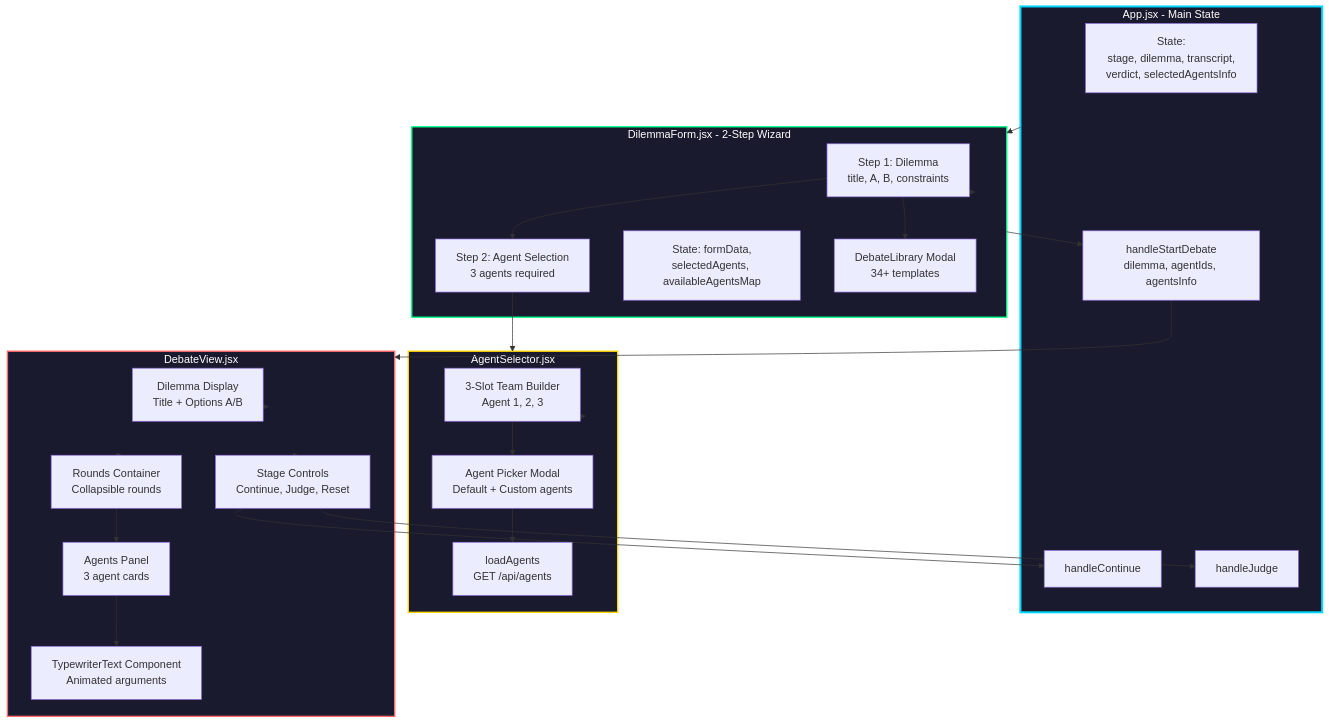
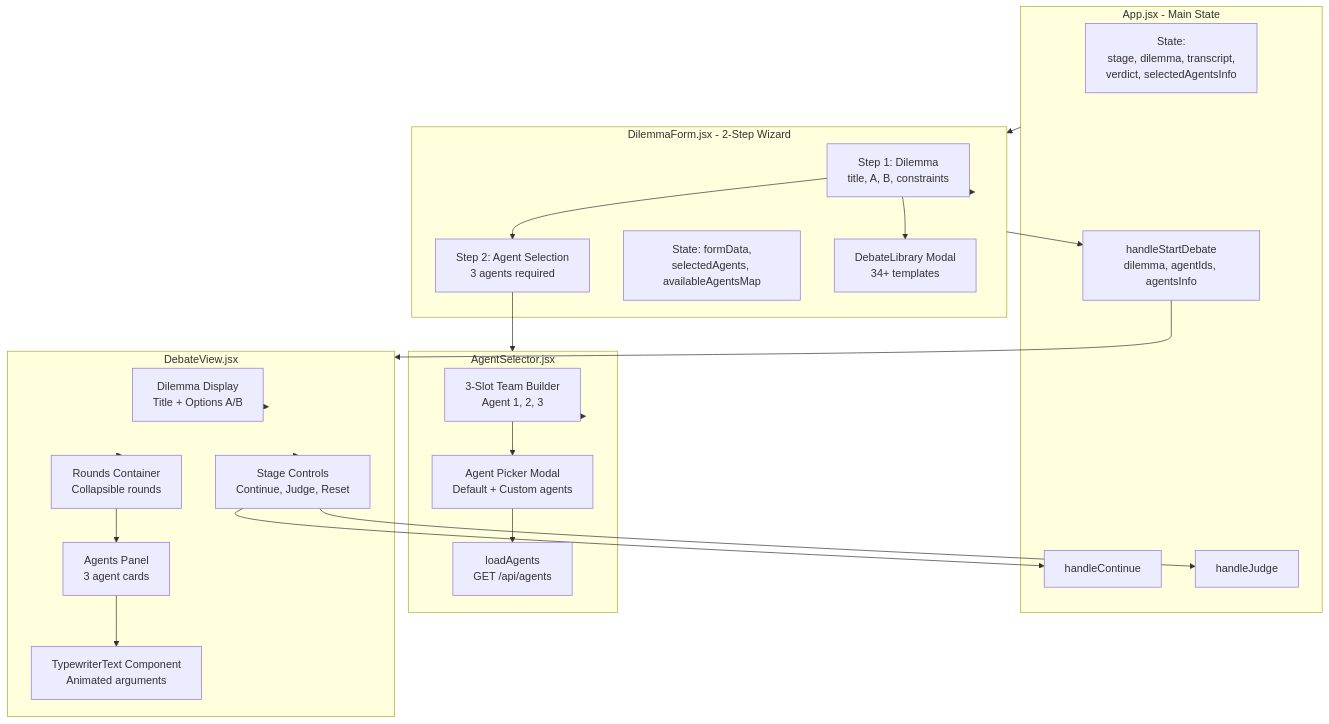
One commit to khattam/MirrorMind-AI changed the first of 11 diagrams in docs/feature-architecture-diagrams.md. Above: the diagram before and after it, drawn with Mermaid. The commit also changed other lines of this file, not shown here.

Commit message:
Remove dark background styling from Mermaid diagrams for better visibility

````diff
--- a/docs/feature-architecture-diagrams.md
+++ b/docs/feature-architecture-diagrams.md
@@ -23,55 +23,50 @@
 ```mermaid
 graph TB
     subgraph App["App.jsx - Main State"]
         AppState[State:<br/>stage, dilemma, transcript,<br/>verdict, selectedAgentsInfo]
         handleStartDebate[handleStartDebate<br/>dilemma, agentIds, agentsInfo]
         handleContinue[handleContinue]
         handleJudge[handleJudge]
     end
     
     subgraph DilemmaForm["DilemmaForm.jsx - 2-Step Wizard"]
         Step1[Step 1: Dilemma<br/>title, A, B, constraints]
         Step2[Step 2: Agent Selection<br/>3 agents required]
         FormState[State: formData,<br/>selectedAgents, availableAgentsMap]
         DebateLibrary[DebateLibrary Modal<br/>34+ templates]
     end
     
     subgraph AgentSelector["AgentSelector.jsx"]
         TeamBuilder[3-Slot Team Builder<br/>Agent 1, 2, 3]
         AgentPicker[Agent Picker Modal<br/>Default + Custom agents]
         LoadAgents[loadAgents<br/>GET /api/agents]
     end
     
     subgraph DebateView["DebateView.jsx"]
         DilemmaDisplay[Dilemma Display<br/>Title + Options A/B]
         RoundsContainer[Rounds Container<br/>Collapsible rounds]
         AgentsPanel[Agents Panel<br/>3 agent cards]
         TypewriterEffect[TypewriterText Component<br/>Animated arguments]
         StageControls[Stage Controls<br/>Continue, Judge, Reset]
     end
     
     App --> DilemmaForm
     DilemmaForm --> Step1
     Step1 --> Step2
     Step2 --> AgentSelector
     AgentSelector --> TeamBuilder
     TeamBuilder --> AgentPicker
     AgentPicker --> LoadAgents
     
     DilemmaForm --> handleStartDebate
     handleStartDebate --> DebateView
     DebateView --> DilemmaDisplay
     DebateView --> RoundsContainer
     RoundsContainer --> AgentsPanel
     AgentsPanel --> TypewriterEffect
     DebateView --> StageControls
     StageControls --> handleContinue
     StageControls --> handleJudge
     
     Step1 --> DebateLibrary
-    
-    style App fill:#1a1a2e,stroke:#00d9ff,stroke-width:3px,color:#fff
-    style DilemmaForm fill:#1a1a2e,stroke:#00ff88,stroke-width:2px,color:#fff
-    style AgentSelector fill:#1a1a2e,stroke:#ffd700,stroke-width:2px,color:#fff
-    style DebateView fill:#1a1a2e,stroke:#ff6b6b,stroke-width:2px,color:#fff
 ```
````
